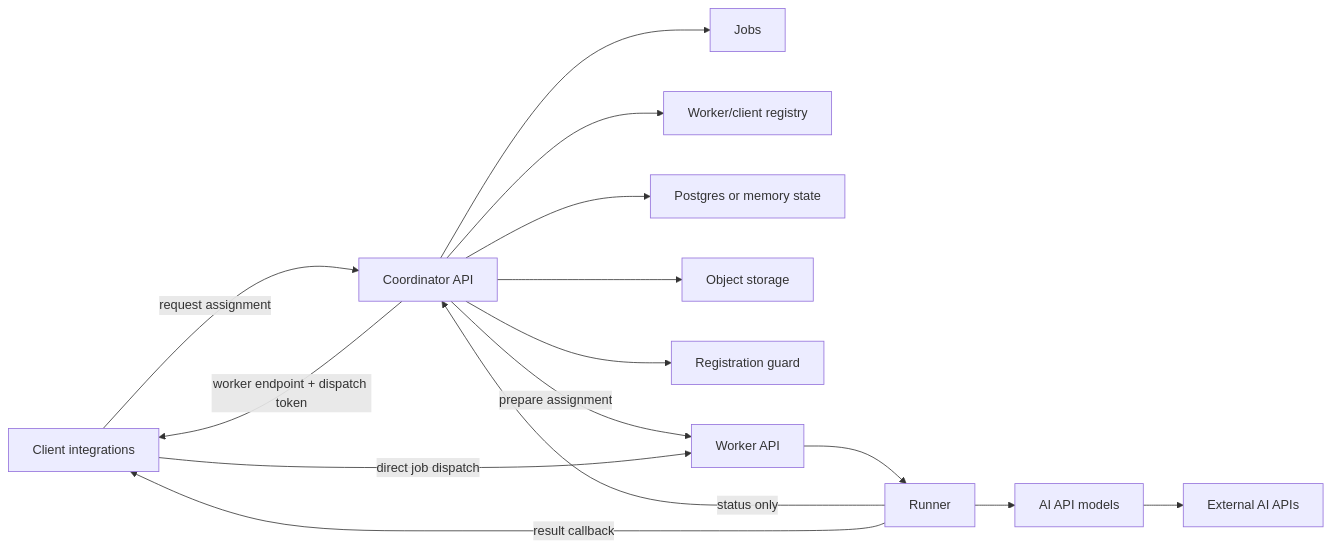
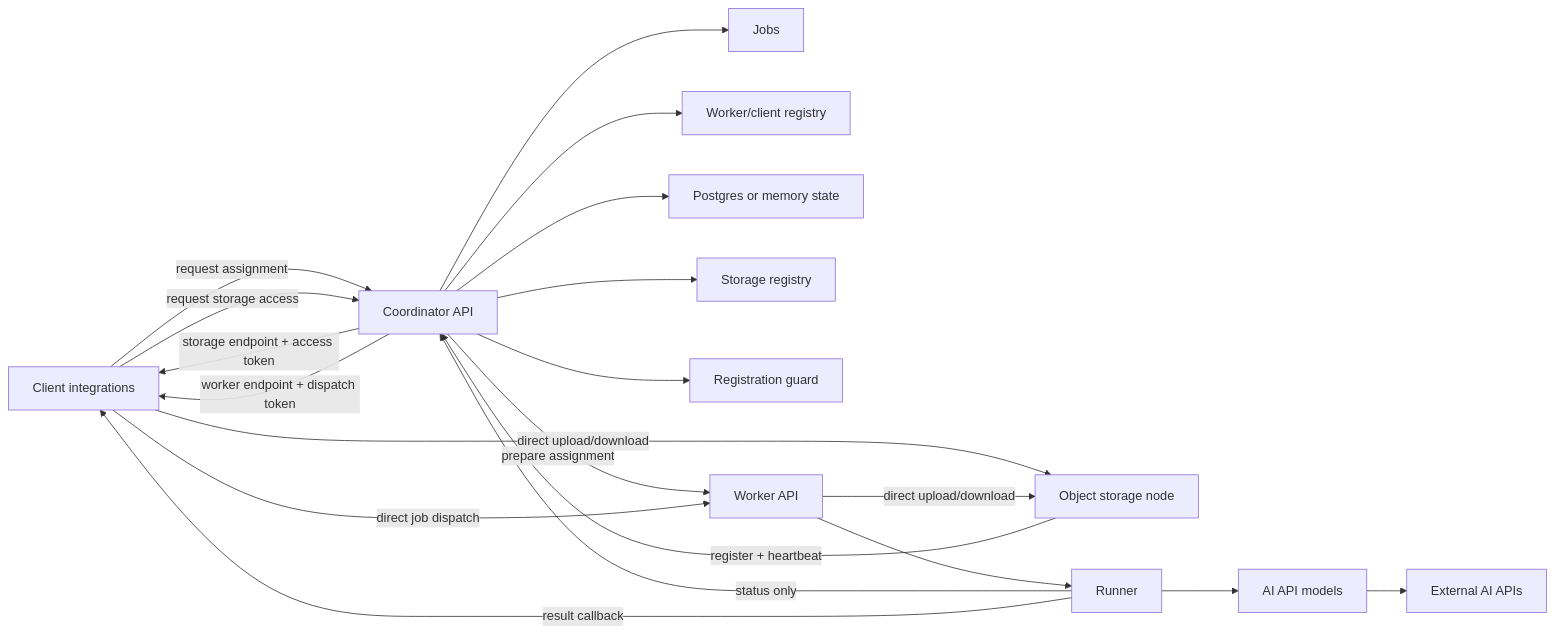
One commit to dmitriishobolov/TryOnService changed the diagram in README.md. Above: the diagram before and after it, drawn with Mermaid. The commit also changed other lines of this file and 37 other files, not shown here.

Commit message:
feat: split object storage node

````diff
--- a/README.md
+++ b/README.md
@@ -22,17 +23,22 @@
 ```mermaid
 flowchart LR
     Client["Client integrations"] -->|"request assignment"| CoordinatorAPI["Coordinator API"]
     CoordinatorAPI --> Jobs["Jobs"]
     CoordinatorAPI --> Registry["Worker/client registry"]
     CoordinatorAPI --> DB["Postgres or memory state"]
-    CoordinatorAPI --> Storage["Object storage"]
+    CoordinatorAPI --> StorageRegistry["Storage registry"]
     CoordinatorAPI --> Security["Registration guard"]
+    StorageNode["Object storage node"] -->|"register + heartbeat"| CoordinatorAPI
+    Client -->|"request storage access"| CoordinatorAPI
+    CoordinatorAPI -->|"storage endpoint + access token"| Client
+    Client -->|"direct upload/download"| StorageNode
+    WorkerAPI -->|"direct upload/download"| StorageNode
     CoordinatorAPI -->|"prepare assignment"| WorkerAPI
     CoordinatorAPI -->|"worker endpoint + dispatch token"| Client
     Client -->|"direct job dispatch"| WorkerAPI["Worker API"]
     WorkerAPI --> Runner["Runner"]
     Runner --> Models["AI API models"]
     Models --> AI["External AI APIs"]
     Runner -->|"status only"| CoordinatorAPI
     Runner -->|"result callback"| Client
 ```
````
